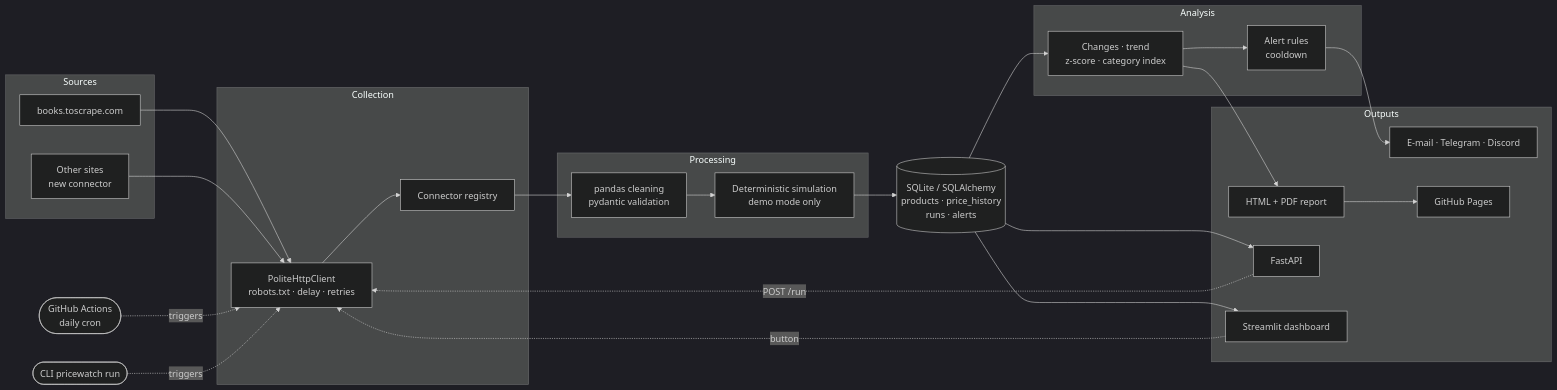
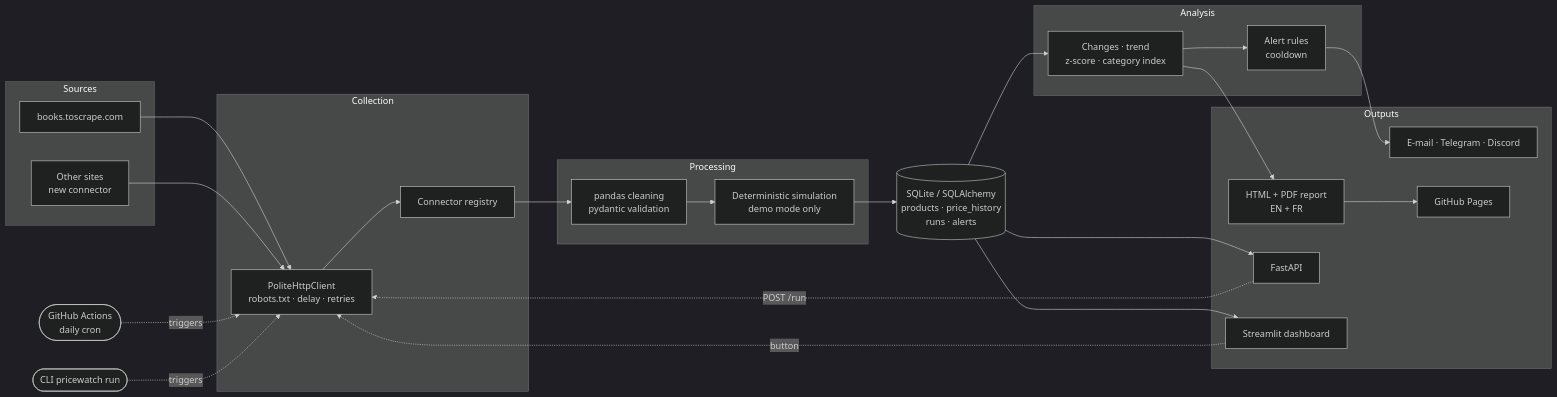
Before and after one commit to fleury-fcn/pricewatch-automation: the diagram in README.en.md, drawn with Mermaid (dark theme). The commit also changed other lines of this file and 32 other files, not shown here.

````diff
--- a/README.en.md
+++ b/README.en.md
@@ -55,43 +54,43 @@
 ```mermaid
 flowchart LR
     subgraph Sources
         S1[books.toscrape.com]
         S2[Other sites<br/>new connector]
     end
 
     subgraph Collection
         HTTP[PoliteHttpClient<br/>robots.txt · delay · retries]
         REG[Connector registry]
     end
 
     subgraph Processing
         CLEAN[pandas cleaning<br/>pydantic validation]
         SIM[Deterministic simulation<br/>demo mode only]
     end
 
     DB[(SQLite / SQLAlchemy<br/>products · price_history<br/>runs · alerts)]
 
     subgraph Analysis
         AN[Changes · trend<br/>z-score · category index]
         AL[Alert rules<br/>cooldown]
     end
 
     subgraph Outputs
-        REP[HTML + PDF report]
+        REP[HTML + PDF report<br/>EN + FR]
         NOT[E-mail · Telegram · Discord]
         API[FastAPI]
         DASH[Streamlit dashboard]
         PAGES[GitHub Pages]
     end
 
     S1 & S2 --> HTTP --> REG --> CLEAN --> SIM --> DB
     DB --> AN --> AL --> NOT
     AN --> REP --> PAGES
     DB --> API
     DB --> DASH
 
     CRON([GitHub Actions<br/>daily cron]) -.triggers.-> HTTP
     CLI([CLI pricewatch run]) -.triggers.-> HTTP
     DASH -.button.-> HTTP
     API -.POST /run.-> HTTP
 ```
````
